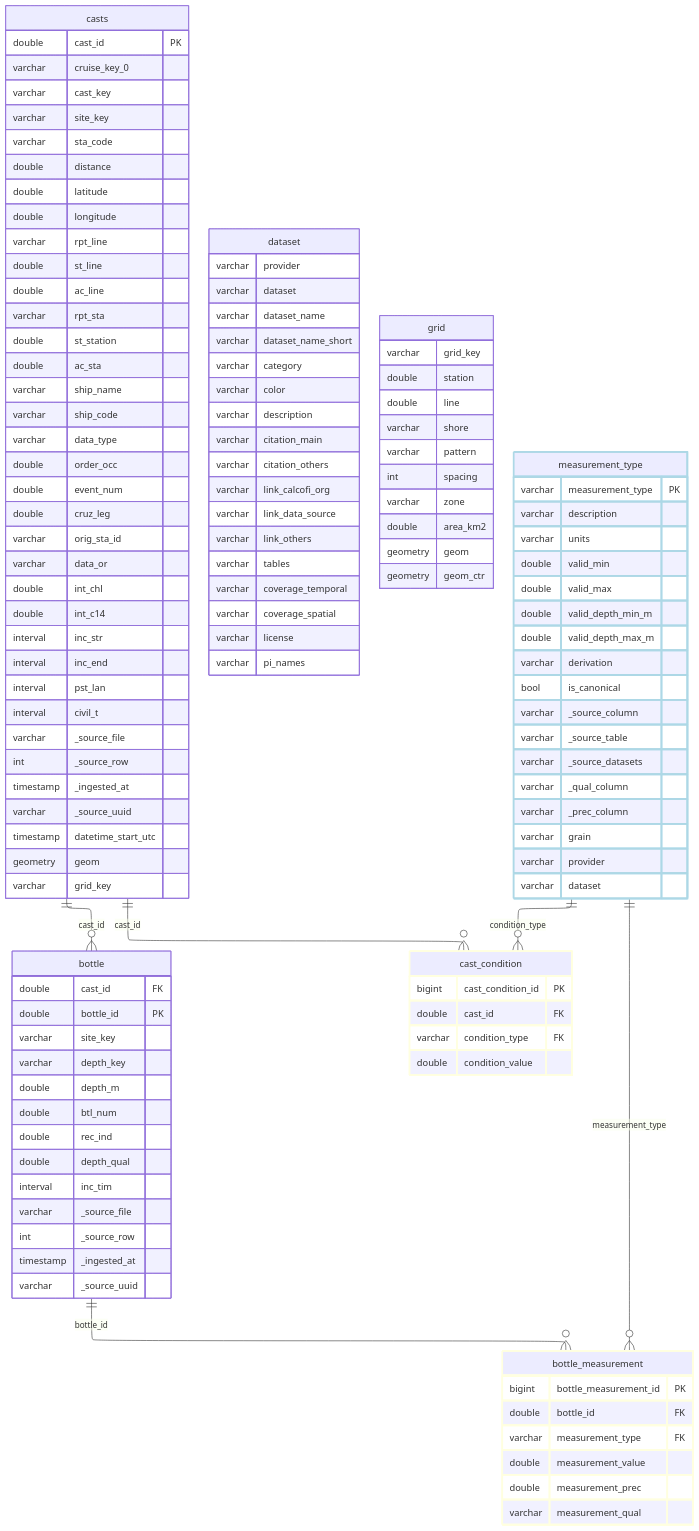
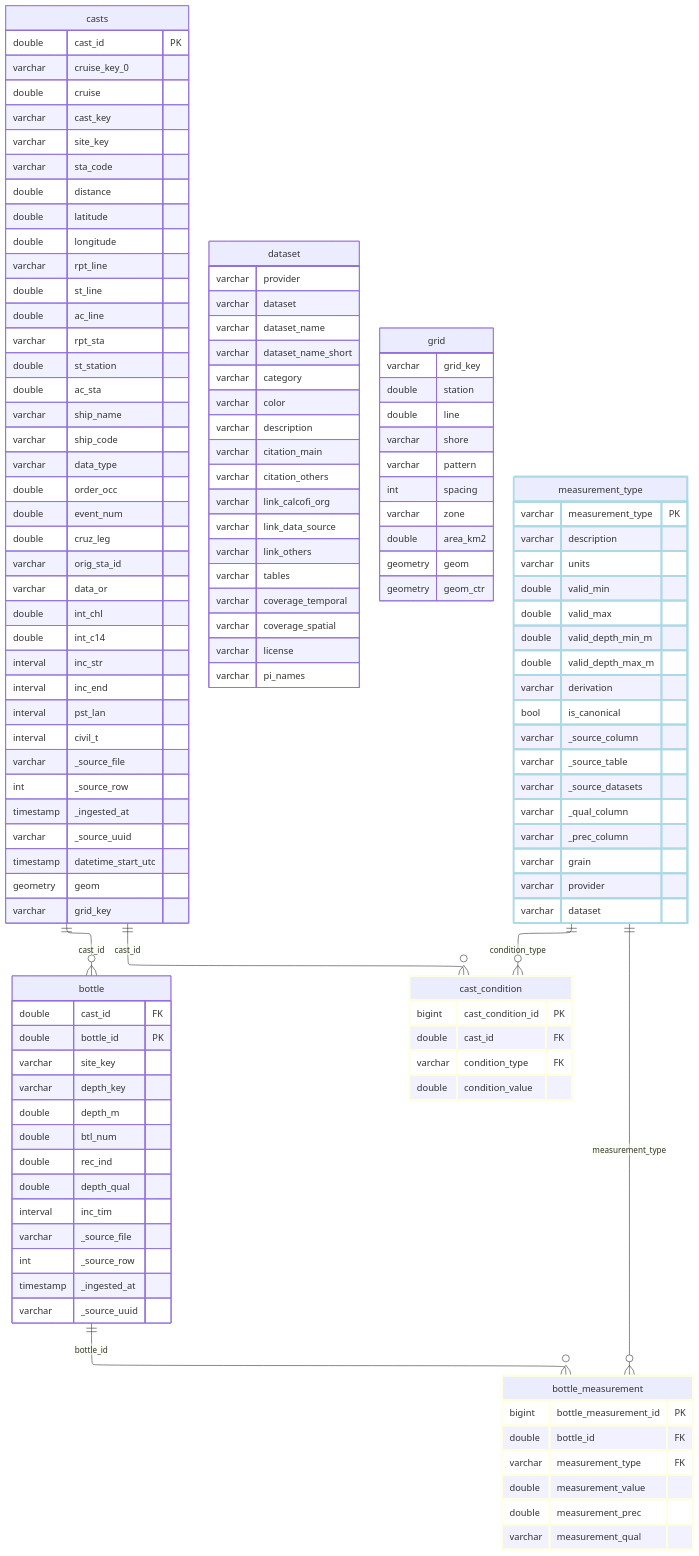
Before and after one commit to CalCOFI/workflows: the diagram in _output/ingest_calcofi_bottle_files/figure-html/show_latest-1.mmd, drawn with Mermaid. The commit also changed 68 other files, not shown here.

```diff
--- a/_output/ingest_calcofi_bottle_files/figure-html/show_latest-1.mmd
+++ b/_output/ingest_calcofi_bottle_files/figure-html/show_latest-1.mmd
@@ -1,130 +1,131 @@
 ---
 config:
   layout: elk
 ---
 erDiagram
     bottle {
         double cast_id FK
         double bottle_id PK
         varchar site_key
         varchar depth_key
         double depth_m
         double btl_num
         double rec_ind
         double depth_qual
         interval inc_tim
         varchar _source_file
         int _source_row
         timestamp _ingested_at
         varchar _source_uuid
     }
     bottle_measurement {
         bigint bottle_measurement_id PK
         double bottle_id FK
         varchar measurement_type FK
         double measurement_value
         double measurement_prec
         varchar measurement_qual
     }
     cast_condition {
         bigint cast_condition_id PK
         double cast_id FK
         varchar condition_type FK
         double condition_value
     }
     casts {
         double cast_id PK
         varchar cruise_key_0
+        double cruise
         varchar cast_key
         varchar site_key
         varchar sta_code
         double distance
         double latitude
         double longitude
         varchar rpt_line
         double st_line
         double ac_line
         varchar rpt_sta
         double st_station
         double ac_sta
         varchar ship_name
         varchar ship_code
         varchar data_type
         double order_occ
         double event_num
         double cruz_leg
         varchar orig_sta_id
         varchar data_or
         double int_chl
         double int_c14
         interval inc_str
         interval inc_end
         interval pst_lan
         interval civil_t
         varchar _source_file
         int _source_row
         timestamp _ingested_at
         varchar _source_uuid
         timestamp datetime_start_utc
         geometry geom
         varchar grid_key
     }
     dataset {
         varchar provider
         varchar dataset
         varchar dataset_name
         varchar dataset_name_short
         varchar category
         varchar color
         varchar description
         varchar citation_main
         varchar citation_others
         varchar link_calcofi_org
         varchar link_data_source
         varchar link_others
         varchar tables
         varchar coverage_temporal
         varchar coverage_spatial
         varchar license
         varchar pi_names
     }
     grid {
         varchar grid_key
         double station
         double line
         varchar shore
         varchar pattern
         int spacing
         varchar zone
         double area_km2
         geometry geom
         geometry geom_ctr
     }
     measurement_type {
         varchar measurement_type PK
         varchar description
         varchar units
         double valid_min
         double valid_max
         double valid_depth_min_m
         double valid_depth_max_m
         varchar derivation
         bool is_canonical
         varchar _source_column
         varchar _source_table
         varchar _source_datasets
         varchar _qual_column
         varchar _prec_column
         varchar grain
         varchar provider
         varchar dataset
     }
     casts ||--o{ bottle : "cast_id"
     bottle ||--o{ bottle_measurement : "bottle_id"
     measurement_type ||--o{ bottle_measurement : "measurement_type"
     casts ||--o{ cast_condition : "cast_id"
     measurement_type ||--o{ cast_condition : "condition_type"
     classDef lightyellow stroke:#FFFFE0,stroke-width:3px
     class bottle_measurement,cast_condition lightyellow
     classDef lightblue stroke:#ADD8E6,stroke-width:3px
     class measurement_type lightblue
```
